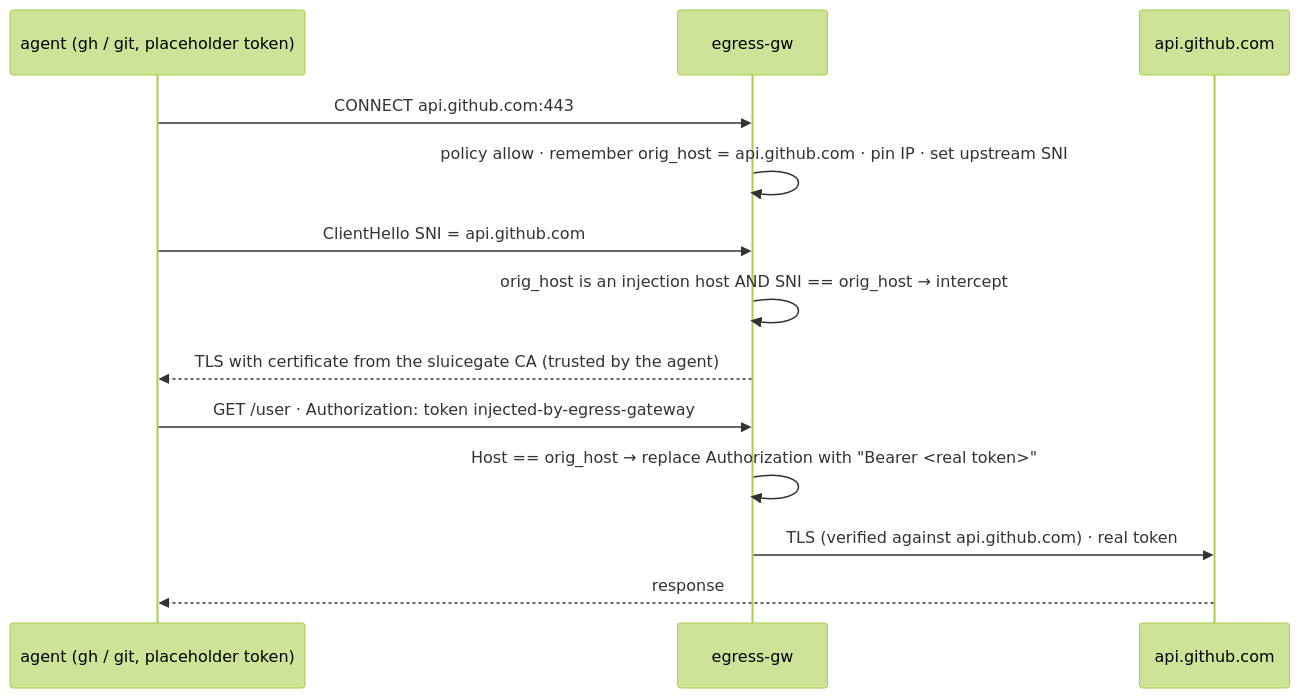
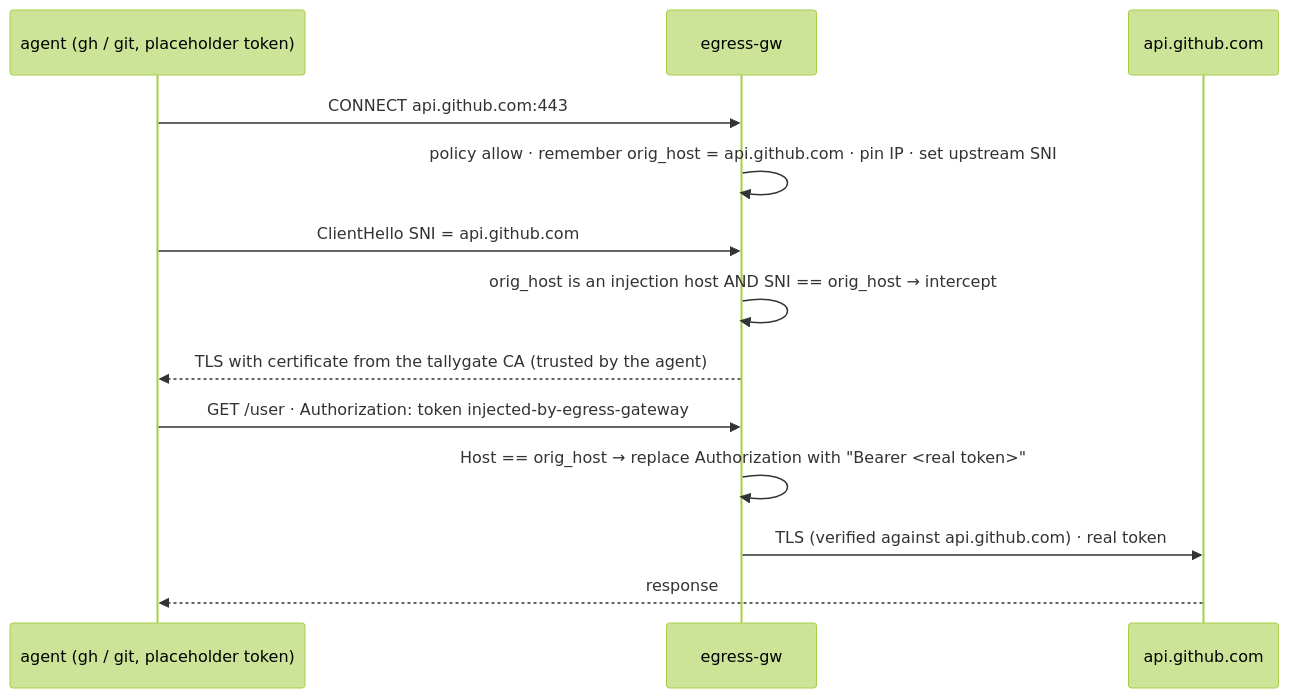
The fifth of 5 diagrams in docs/architecture.md (PhilippMundhenk/tallygate), drawn with Mermaid (forest theme) before and after one commit. The commit also changed other lines of this file and 29 other files, not shown here.

````diff
--- a/docs/architecture.md
+++ b/docs/architecture.md
@@ -147,15 +147,15 @@
 ```mermaid
 sequenceDiagram
     participant A as agent (gh / git, placeholder token)
     participant G as egress-gw
     participant S as api.github.com
     A->>G: CONNECT api.github.com:443
     G->>G: policy allow · remember orig_host = api.github.com · pin IP · set upstream SNI
     A->>G: ClientHello SNI = api.github.com
     G->>G: orig_host is an injection host AND SNI == orig_host → intercept
-    G-->>A: TLS with certificate from the sluicegate CA (trusted by the agent)
+    G-->>A: TLS with certificate from the tallygate CA (trusted by the agent)
     A->>G: GET /user · Authorization: token injected-by-egress-gateway
     G->>G: Host == orig_host → replace Authorization with "Bearer <real token>"
     G->>S: TLS (verified against api.github.com) · real token
     S-->>A: response
 ```
````
